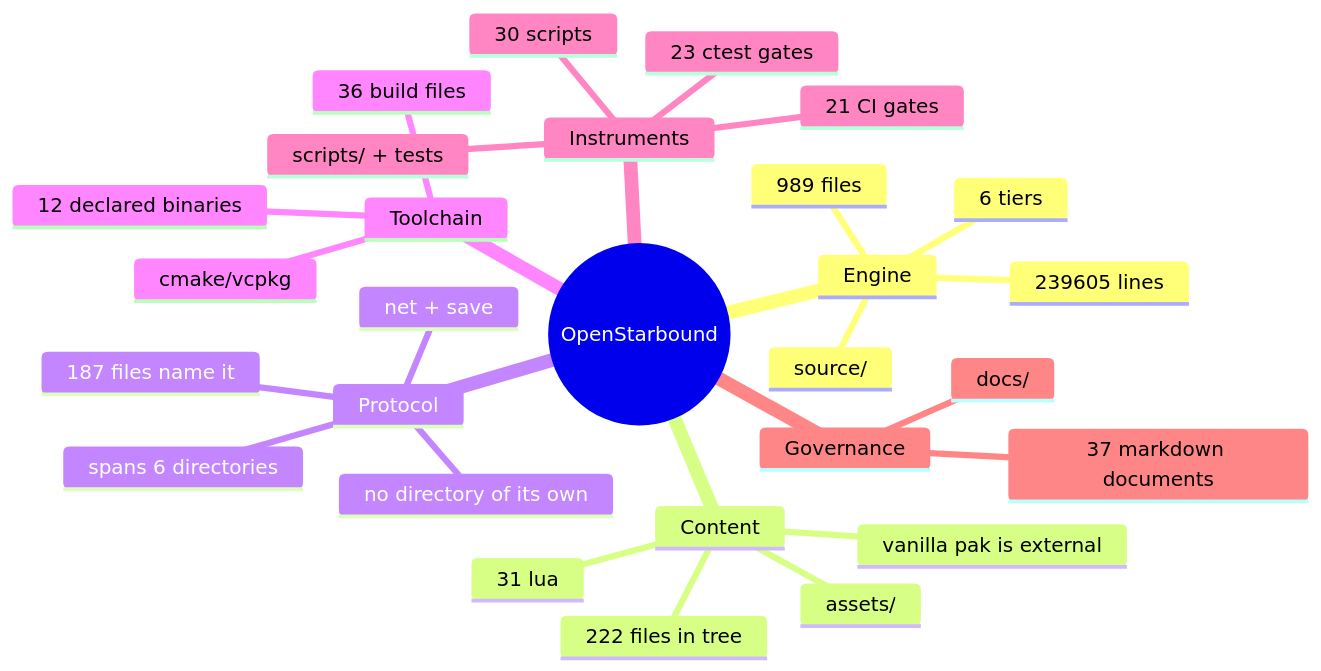
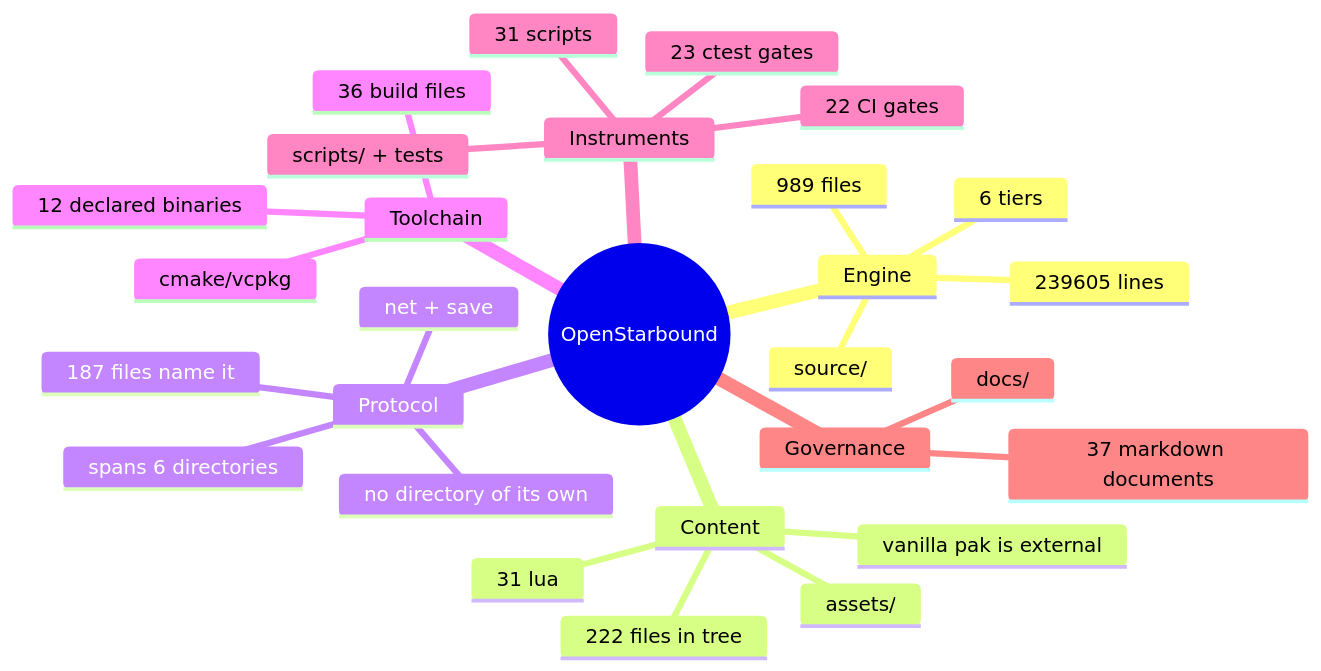
Before and after one commit to apnex/OpenStarbound: the second of 11 diagrams in docs/architecture/system-boundaries.md, drawn with Mermaid. The commit also changed 2 other files, not shown here.

First paragraph of the commit message:
gates: table_census -- because I answered "how many tables?" wrong three times
The Director asked a one-sentence question -- is every table generated from a
source? -- and I answered it three times from the command line, confidently, and
was wrong three times:

````diff
--- a/docs/architecture/system-boundaries.md
+++ b/docs/architecture/system-boundaries.md
@@ -166,31 +166,31 @@
 ```mermaid
 mindmap
   root((OpenStarbound))
     Engine
       source/
       989 files
       239605 lines
       6 tiers
     Content
       assets/
       222 files in tree
       31 lua
       vanilla pak is external
     Protocol
       net + save
       187 files name it
       spans 6 directories
       no directory of its own
     Toolchain
       cmake/vcpkg
       36 build files
       12 declared binaries
     Instruments
       scripts/ + tests
-      30 scripts
+      31 scripts
       23 ctest gates
-      21 CI gates
+      22 CI gates
     Governance
       docs/
       37 markdown documents
 ```
````
